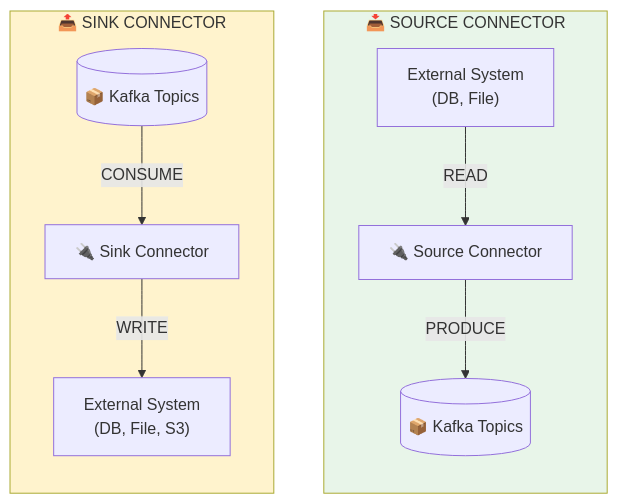
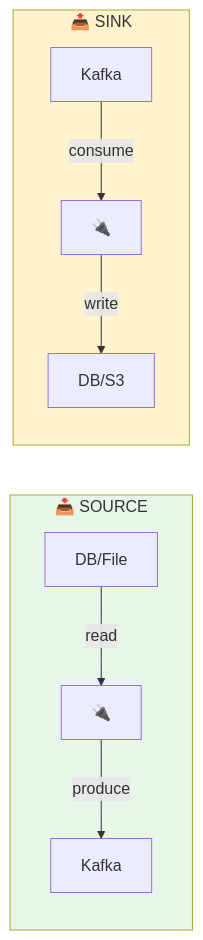
Before and after one commit to msellamiTN/kafka-bhf: the second of 3 diagrams in formation-v2/day-03-integration/module-06-kafka-connect/README.md, drawn with Mermaid. The commit also changed other lines of this file and 4 other files, not shown here.

Commit message:
refactor: reorganize Mermaid diagrams - more compact and readable

````diff
--- a/formation-v2/day-03-integration/module-06-kafka-connect/README.md
+++ b/formation-v2/day-03-integration/module-06-kafka-connect/README.md
@@ -67,17 +47,11 @@
 ```mermaid
-flowchart TB
-    subgraph source["📥 SOURCE CONNECTOR"]
-        direction TB
-        EXT1["External System<br/>(DB, File)"] -->|READ| SRC["🔌 Source Connector"]
-        SRC -->|PRODUCE| KT1[("📦 Kafka Topics")]
+flowchart LR
+    subgraph src["📥 SOURCE"]
+        E1["DB/File"] -->|read| S1["🔌"] -->|produce| K1["Kafka"]
     end
-    
-    subgraph sink["📤 SINK CONNECTOR"]
-        direction TB
-        KT2[("📦 Kafka Topics")] -->|CONSUME| SNK["🔌 Sink Connector"]
-        SNK -->|WRITE| EXT2["External System<br/>(DB, File, S3)"]
+    subgraph snk["📤 SINK"]
+        K2["Kafka"] -->|consume| S2["🔌"] -->|write| E2["DB/S3"]
     end
-    
-    style source fill:#e8f5e9
-    style sink fill:#fff3cd
+    style src fill:#e8f5e9
+    style snk fill:#fff3cd
 ```
````
